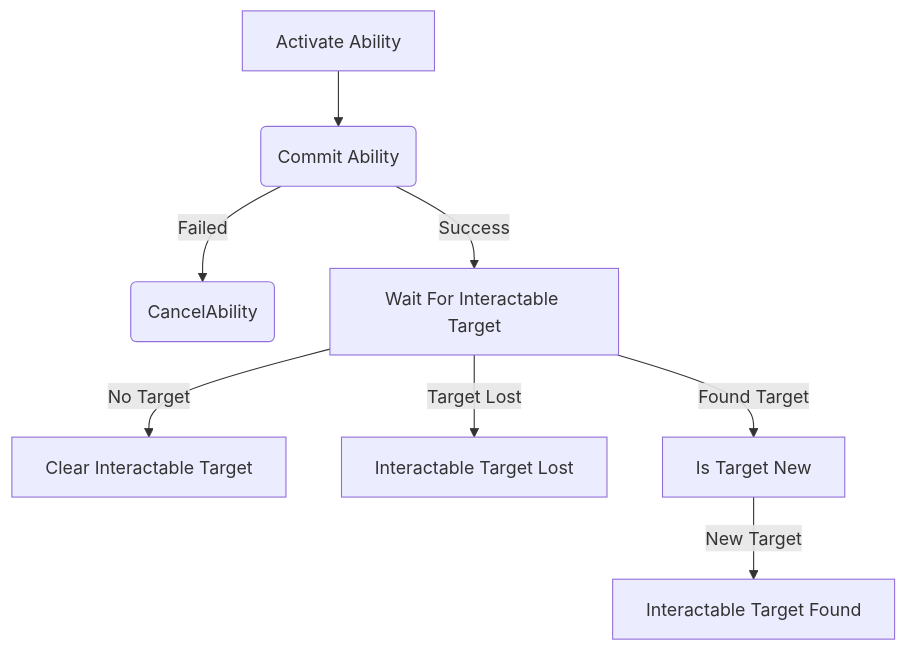
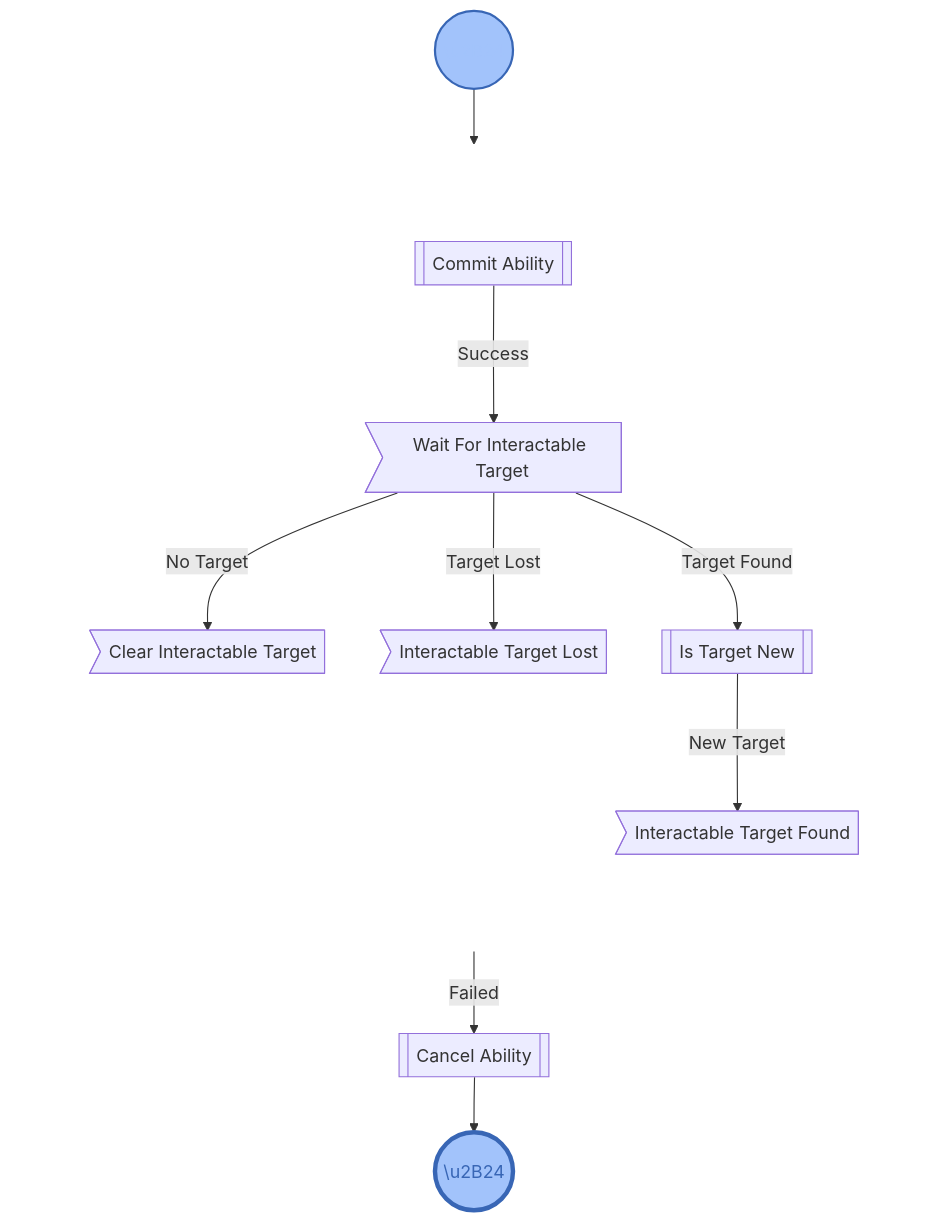
Before and after one commit to twistedbytes-net/TBIA-Documentation: the diagram in versioned_docs/version-1.0.0/architecture/interact-passive.mdx, drawn with Mermaid. The commit also changed 10 other files, not shown here.

Commit message:
architecture cleanup

````diff
--- a/versioned_docs/version-1.0.0/architecture/interact-passive.mdx
+++ b/versioned_docs/version-1.0.0/architecture/interact-passive.mdx
@@ -7,10 +7,54 @@
 ```mermaid
 flowchart TD
-    A[Activate Ability] -->B(Commit Ability)
-    B --> |Failed| C(CancelAbility)
-    B --> |Success| D[Wait For Interactable Target]
-    D --> |No Target| F[Clear Interactable Target]
-    D --> |Target Lost| E[Interactable Target Lost]
-    D --> |Found Target| H[Is Target New]
-    H --> |New Target| J[Interactable Target Found]
+
+    START(("\u2B24"))
+    STOP(("\u2B24"))
+
+    CANCEL_ABILITY[[Cancel Ability]]
+
+    B[[Commit Ability]]
+    D>Wait For Interactable Target]
+    F>Clear Interactable Target]
+    H>Interactable Target Lost]
+    J[[Is Target New]]
+    K>Interactable Target Found]
+
+    START --> B
+
+    B --> |Success| D
+    B --> |Failed| CANCEL_ABILITY
+    D --> |No Target| F
+    D --> |Target Lost| H
+    D --> |Target Found| J
+    J --> |New Target| K
+    
+    CANCEL_ABILITY --> STOP
+    
+    subgraph sub_container [ ]
+        direction TB
+
+        subgraph sub_main [ ]
+            direction TB
+        
+            B
+            D
+            F
+            H
+            J
+            K
+        end
+            
+    end
+
+    classDef sty_start fill:#A2C3FB,color:#A2C3FB,stroke-width:2px,stroke:#3866B5;
+    classDef sty_stop fill:#A2C3FB,color:#3866B5,stroke-width:4px,stroke:#3866B5;
+    classDef sty_subgraph_transparent fill:#0000,stroke:#0000;
+    
+    class START sty_start;
+    class STOP sty_stop;
+    class sub_container sty_subgraph_transparent;
+    class sub_main sty_subgraph_transparent;
+
+
+
 ```
````
